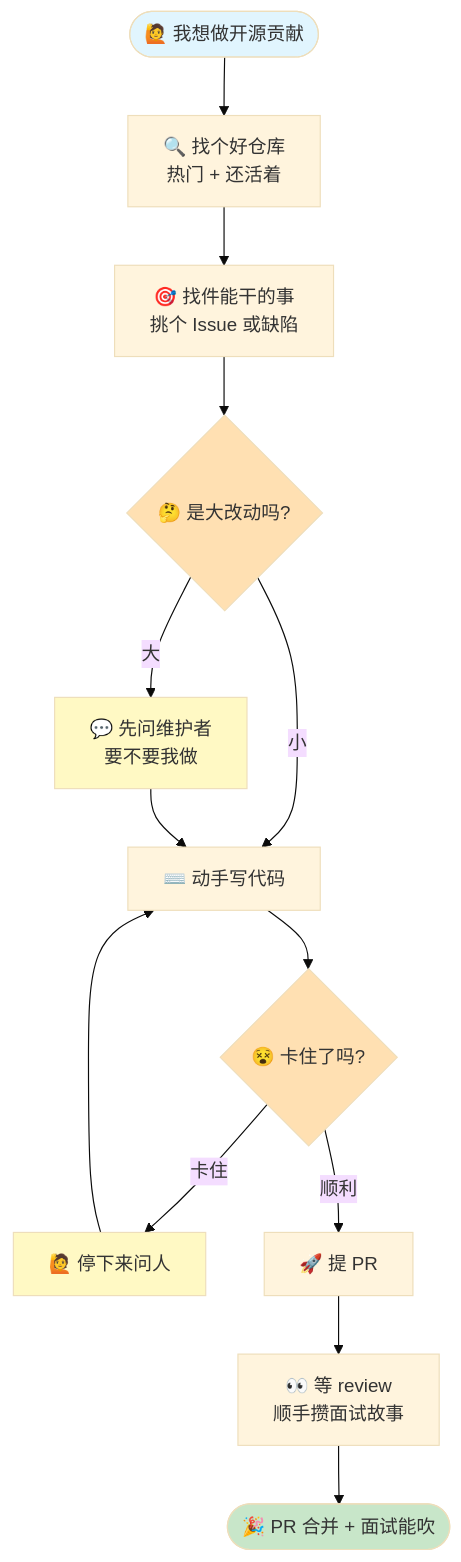
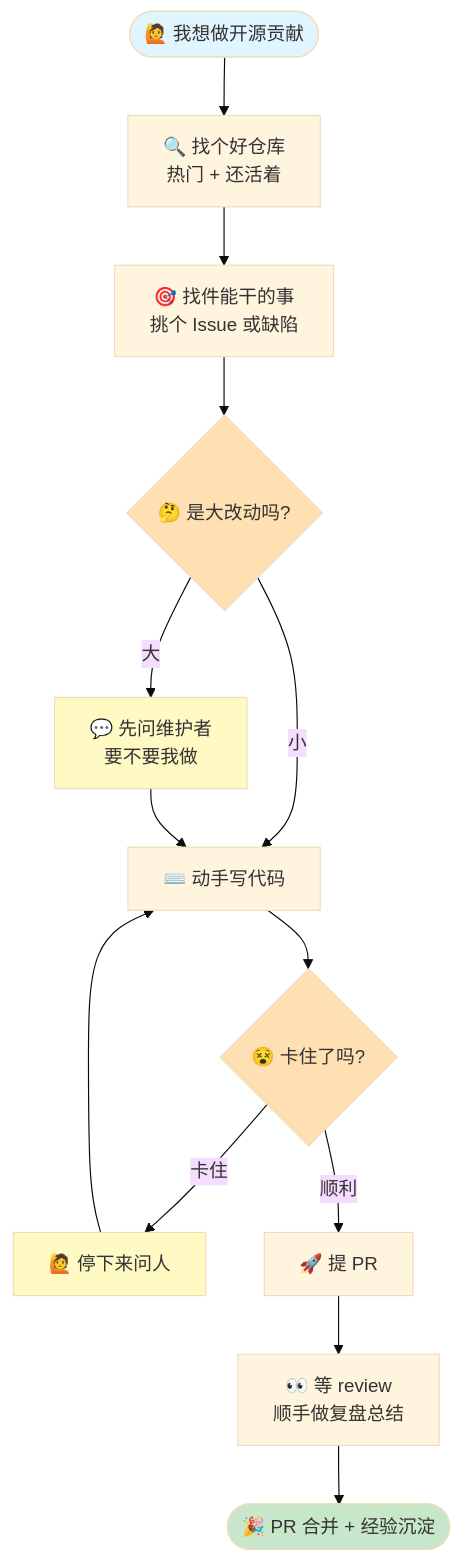
One commit to zxc210/oss-agent-contribution changed the diagram in FLOW.md. Above: the diagram before and after it, drawn with Mermaid (base theme). The commit also changed other lines of this file and 7 other files, not shown here.

````diff
--- a/FLOW.md
+++ b/FLOW.md
@@ -5,22 +5,22 @@
 ```mermaid
 flowchart TD
     Start([🙋 我想做开源贡献]) --> S1[🔍 找个好仓库<br/>热门 + 还活着]
     S1 --> S2[🎯 找件能干的事<br/>挑个 Issue 或缺陷]
     S2 --> Ask1{🤔 是大改动吗?}
     Ask1 -->|大| Talk[💬 先问维护者<br/>要不要我做]
     Ask1 -->|小| S4
     Talk --> S4[⌨️ 动手写代码]
     S4 --> Ask2{😵 卡住了吗?}
     Ask2 -->|卡住| Human[🙋 停下来问人]
     Ask2 -->|顺利| S5[🚀 提 PR]
     Human --> S4
-    S5 --> S6[👀 等 review<br/>顺手攒面试故事]
-    S6 --> Done([🎉 PR 合并 + 面试能吹])
+    S5 --> S6[👀 等 review<br/>顺手做复盘总结]
+    S6 --> Done([🎉 PR 合并 + 经验沉淀])
 
     style Start fill:#e1f5fe
     style Ask1 fill:#ffe0b2
     style Ask2 fill:#ffe0b2
     style Talk fill:#fff9c4
     style Human fill:#fff9c4
     style Done fill:#c8e6c9
 ```
````
